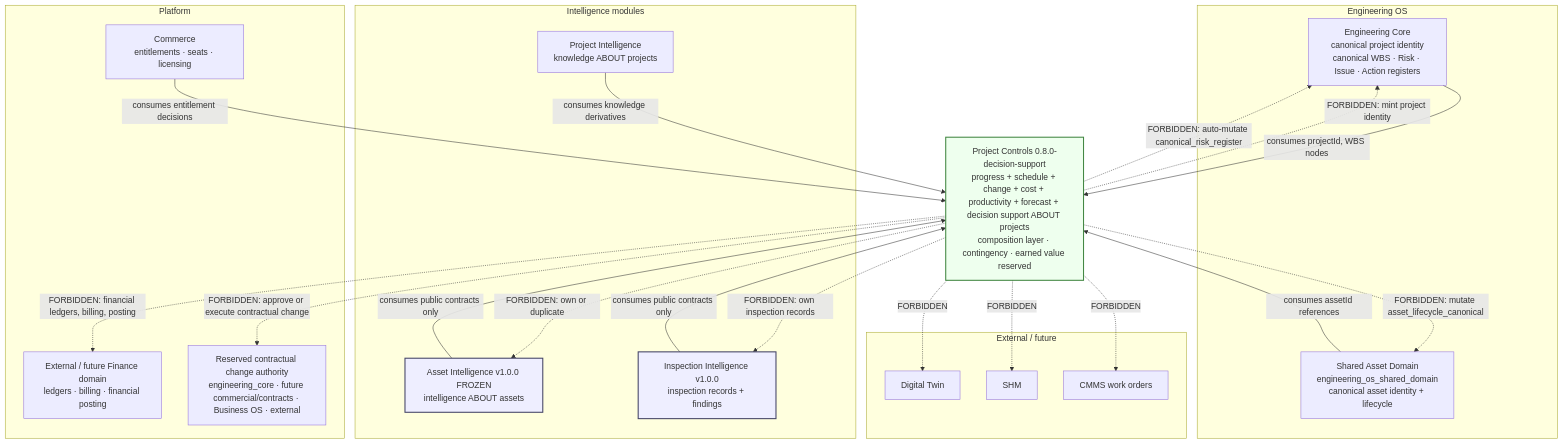
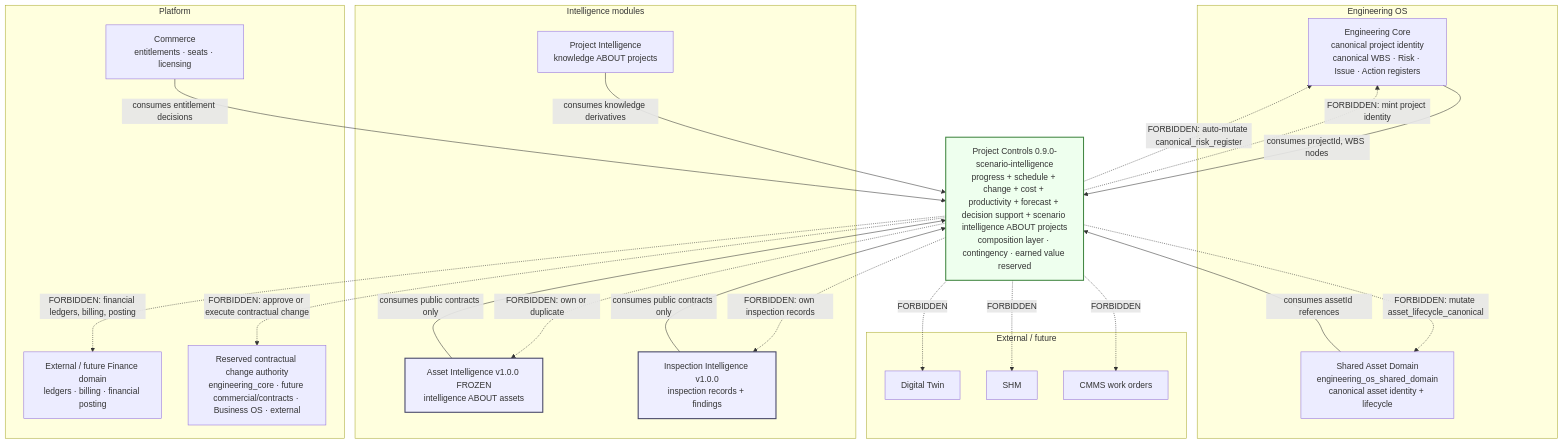
One commit to sberso2026/AI-Platform changed the diagram in docs/architecture/PROJECT_CONTROLS_BOUNDARY_MAP.md. Above: the diagram before and after it, drawn with Mermaid. The commit also changed other lines of this file and 39 other files, not shown here.

Commit message:
Implement Phase 11I scenario intelligence with governed advisory comparison.

````diff
--- a/docs/architecture/PROJECT_CONTROLS_BOUNDARY_MAP.md
+++ b/docs/architecture/PROJECT_CONTROLS_BOUNDARY_MAP.md
@@ -11,50 +11,50 @@
 ```mermaid
 flowchart TB
   subgraph EOS["Engineering OS"]
     CORE["Engineering Core<br/>canonical project identity<br/>canonical WBS · Risk · Issue · Action registers"]
     SHARED["Shared Asset Domain<br/>engineering_os_shared_domain<br/>canonical asset identity + lifecycle"]
   end
 
   subgraph MODULES["Intelligence modules"]
     PI["Project Intelligence<br/>knowledge ABOUT projects"]
     AI["Asset Intelligence v1.0.0 FROZEN<br/>intelligence ABOUT assets"]
     II["Inspection Intelligence v1.0.0<br/>inspection records + findings"]
   end
 
   subgraph PLATFORM["Platform"]
     COMMERCE["Commerce<br/>entitlements · seats · licensing"]
     FINANCE["External / future Finance domain<br/>ledgers · billing · financial posting"]
     CONTRACTS["Reserved contractual change authority<br/>engineering_core · future commercial/contracts · Business OS · external"]
   end
 
   subgraph EXTERNAL["External / future"]
     TWIN["Digital Twin"]
     SHM["SHM"]
     CMMS["CMMS work orders"]
   end
 
-  PC["Project Controls 0.8.0-decision-support<br/>progress + schedule + change + cost + productivity + forecast + decision support ABOUT projects<br/>composition layer · contingency · earned value reserved"]
+  PC["Project Controls 0.9.0-scenario-intelligence<br/>progress + schedule + change + cost + productivity + forecast + decision support + scenario intelligence ABOUT projects<br/>composition layer · contingency · earned value reserved"]
 
   CORE -->|consumes projectId, WBS nodes| PC
   PI -->|consumes knowledge derivatives| PC
   AI -->|consumes public contracts only| PC
   II -->|consumes public contracts only| PC
   COMMERCE -->|consumes entitlement decisions| PC
   SHARED -->|consumes assetId references| PC
 
   PC -.->|FORBIDDEN: mint project identity| CORE
   PC -.->|FORBIDDEN: auto-mutate canonical_risk_register| CORE
   PC -.->|FORBIDDEN: mutate asset_lifecycle_canonical| SHARED
   PC -.->|FORBIDDEN: own or duplicate| AI
   PC -.->|FORBIDDEN: own inspection records| II
   PC -.->|FORBIDDEN: financial ledgers, billing, posting| FINANCE
   PC -.->|FORBIDDEN: approve or execute contractual change| CONTRACTS
   PC -.->|FORBIDDEN| TWIN
   PC -.->|FORBIDDEN| SHM
   PC -.->|FORBIDDEN| CMMS
 
   classDef frozen fill:#eef,stroke:#446,stroke-width:2px;
   classDef pc fill:#efe,stroke:#484,stroke-width:2px;
   class AI,II frozen;
   class PC pc;
 ```
````
